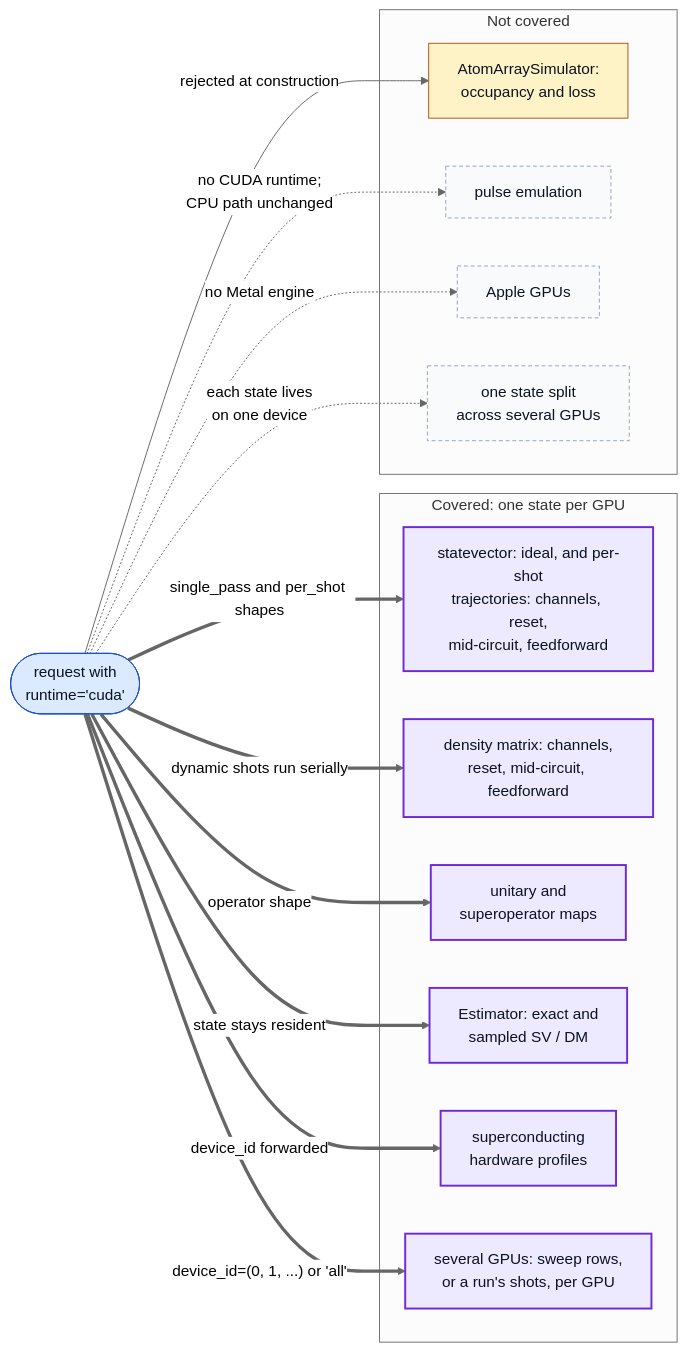
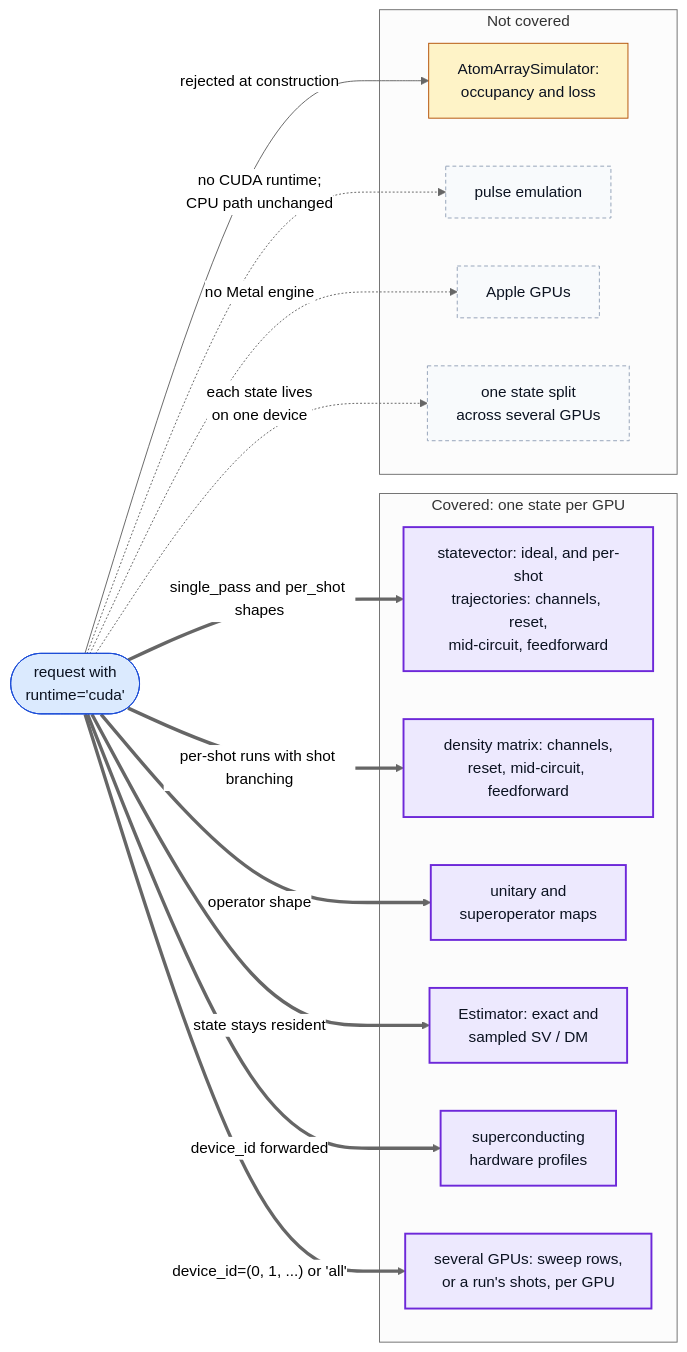
Before and after one commit to oscar-chw/fatqat-cuda: the diagram in docs/cuda-coverage.md, drawn with Mermaid (neutral theme). The commit also changed 11 other files, not shown here.

````diff
--- a/docs/cuda-coverage.md
+++ b/docs/cuda-coverage.md
@@ -5,35 +5,35 @@
 ```mermaid
 flowchart LR
   R(["request with<br/>runtime='cuda'"]):::data
   subgraph YES["Covered: one state per GPU"]
     SV["statevector: ideal, and per-shot<br/>trajectories: channels, reset,<br/>mid-circuit, feedforward"]:::key
     DM["density matrix: channels,<br/>reset, mid-circuit, feedforward"]:::key
     OP["unitary and<br/>superoperator maps"]:::key
     EST["Estimator: exact and<br/>sampled SV / DM"]:::key
     SC["superconducting<br/>hardware profiles"]:::key
     SPREAD["several GPUs: sweep rows,<br/>or a run's shots, per GPU"]:::key
   end
   subgraph NO["Not covered"]
     ATOM["AtomArraySimulator:<br/>occupancy and loss"]:::gate
     PULSE["pulse emulation"]:::ext
     APPLE["Apple GPUs"]:::ext
     MULTI["one state split<br/>across several GPUs"]:::ext
   end
   R ==>|"single_pass and per_shot shapes"| SV
-  R ==>|"dynamic shots run serially"| DM
+  R ==>|"per-shot runs with shot branching"| DM
   R ==>|"operator shape"| OP
   R ==>|"state stays resident"| EST
   R ==>|"device_id forwarded"| SC
   R ==>|"device_id=(0, 1, ...) or 'all'"| SPREAD
   R -->|"rejected at construction"| ATOM
   R -.->|"no CUDA runtime;<br/>CPU path unchanged"| PULSE
   R -.->|"no Metal engine"| APPLE
   R -.->|"each state lives<br/>on one device"| MULTI
 
   classDef data fill:#dbeafe,stroke:#1d4ed8,color:#0b1220
   classDef step fill:#f1f5f9,stroke:#475569,color:#0b1220
   classDef gate fill:#fef3c7,stroke:#b45309,color:#0b1220
   classDef out  fill:#dcfce7,stroke:#15803d,color:#0b1220
   classDef ext  fill:#f8fafc,stroke:#94a3b8,color:#0b1220,stroke-dasharray:4 3
   classDef key  fill:#ede9fe,stroke:#6d28d9,color:#0b1220,stroke-width:2px
 ```
````
